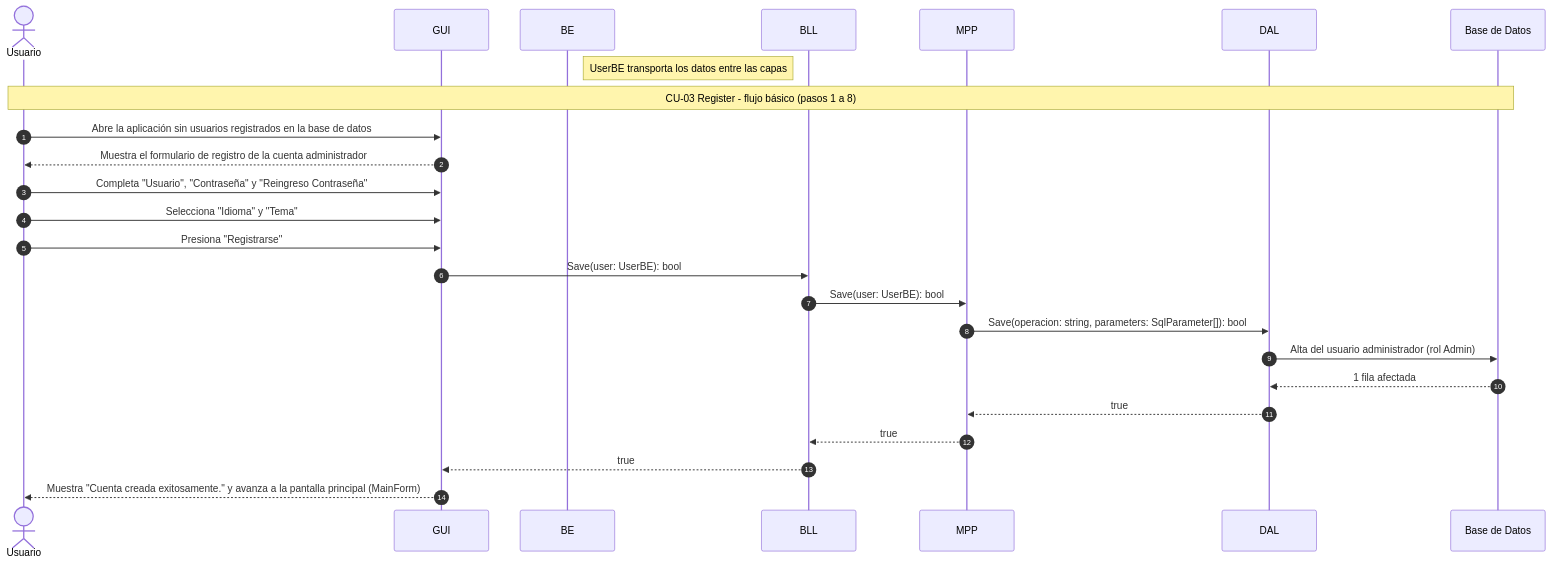
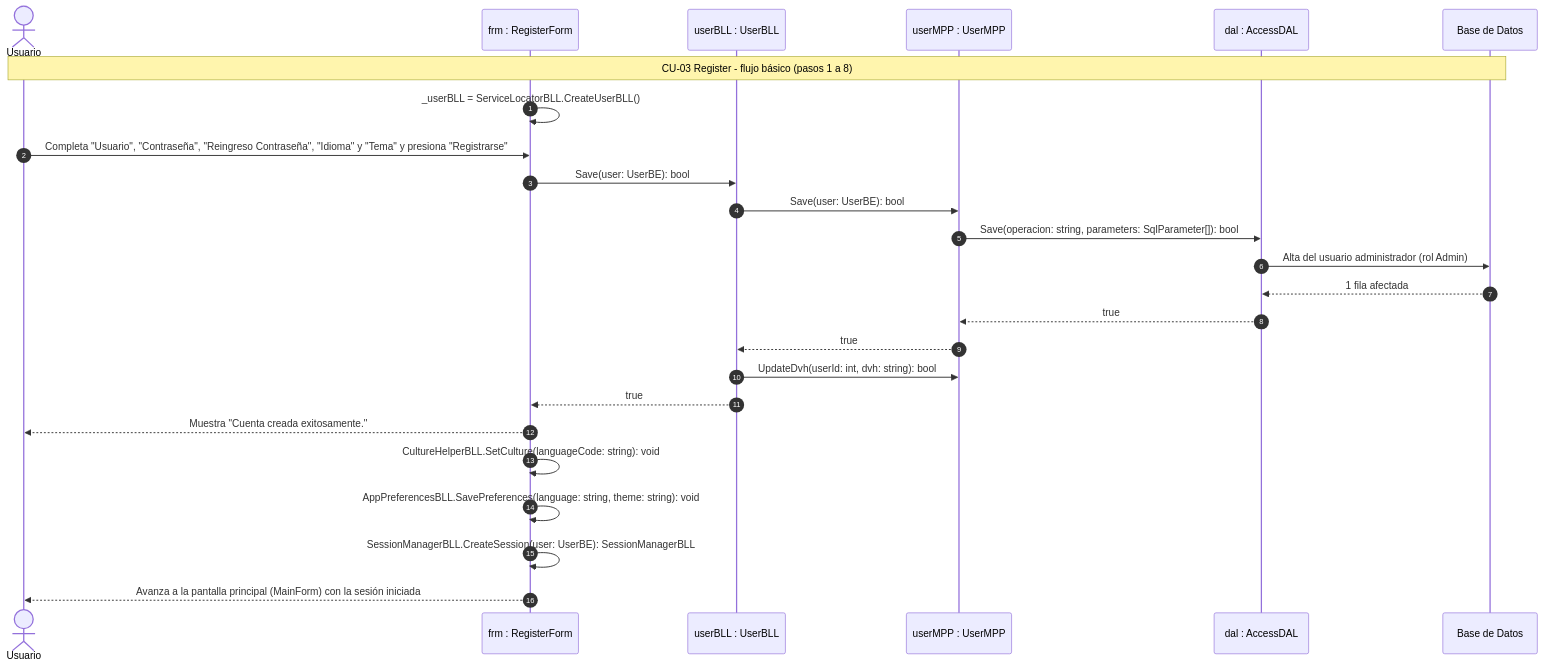
One commit to DarioZubaray/Proyecto-Final changed the diagram in docs/mermaid-live/6. diagramas-cu-login-logout/6.3.8.secuencia-register.mmd. Above: the diagram before and after it, drawn with Mermaid. The commit also changed 15 other files, not shown here.

Commit message:
phase 3 batch S5: real-instance sequence diagrams for login, logout and register CUs

```diff
--- a/docs/mermaid-live/6. diagramas-cu-login-logout/6.3.8.secuencia-register.mmd
+++ b/docs/mermaid-live/6. diagramas-cu-login-logout/6.3.8.secuencia-register.mmd
@@ -1,27 +1,27 @@
 sequenceDiagram
     autonumber
     actor Usuario
-    participant GUI as GUI
-    participant BE as BE
-    participant BLL as BLL
-    participant MPP as MPP
-    participant DAL as DAL
-    participant BD as Base de Datos
+    participant frm as frm : RegisterForm
+    participant userBLL as userBLL : UserBLL
+    participant userMPP as userMPP : UserMPP
+    participant dal as dal : AccessDAL
+    participant bd as Base de Datos
 
-    Note right of BE: UserBE transporta los datos entre las capas
-    Note over Usuario,BD: CU-03 Register - flujo básico (pasos 1 a 8)
+    Note over Usuario,bd: CU-03 Register - flujo básico (pasos 1 a 8)
 
-    Usuario->>GUI: Abre la aplicación sin usuarios registrados en la base de datos
-    GUI-->>Usuario: Muestra el formulario de registro de la cuenta administrador
-    Usuario->>GUI: Completa "Usuario", "Contraseña" y "Reingreso Contraseña"
-    Usuario->>GUI: Selecciona "Idioma" y "Tema"
-    Usuario->>GUI: Presiona "Registrarse"
-    GUI->>BLL: Save(user: UserBE): bool
-    BLL->>MPP: Save(user: UserBE): bool
-    MPP->>DAL: Save(operacion: string, parameters: SqlParameter[]): bool
-    DAL->>BD: Alta del usuario administrador (rol Admin)
-    BD-->>DAL: 1 fila afectada
-    DAL-->>MPP: true
-    MPP-->>BLL: true
-    BLL-->>GUI: true
-    GUI-->>Usuario: Muestra "Cuenta creada exitosamente." y avanza a la pantalla principal (MainForm)
+    frm->>frm: _userBLL = ServiceLocatorBLL.CreateUserBLL()
+    Usuario->>frm: Completa "Usuario", "Contraseña", "Reingreso Contraseña", "Idioma" y "Tema" y presiona "Registrarse"
+    frm->>userBLL: Save(user: UserBE): bool
+    userBLL->>userMPP: Save(user: UserBE): bool
+    userMPP->>dal: Save(operacion: string, parameters: SqlParameter[]): bool
+    dal->>bd: Alta del usuario administrador (rol Admin)
+    bd-->>dal: 1 fila afectada
+    dal-->>userMPP: true
+    userMPP-->>userBLL: true
+    userBLL->>userMPP: UpdateDvh(userId: int, dvh: string): bool
+    userBLL-->>frm: true
+    frm-->>Usuario: Muestra "Cuenta creada exitosamente."
+    frm->>frm: CultureHelperBLL.SetCulture(languageCode: string): void
+    frm->>frm: AppPreferencesBLL.SavePreferences(language: string, theme: string): void
+    frm->>frm: SessionManagerBLL.CreateSession(user: UserBE): SessionManagerBLL
+    frm-->>Usuario: Avanza a la pantalla principal (MainForm) con la sesión iniciada
```
